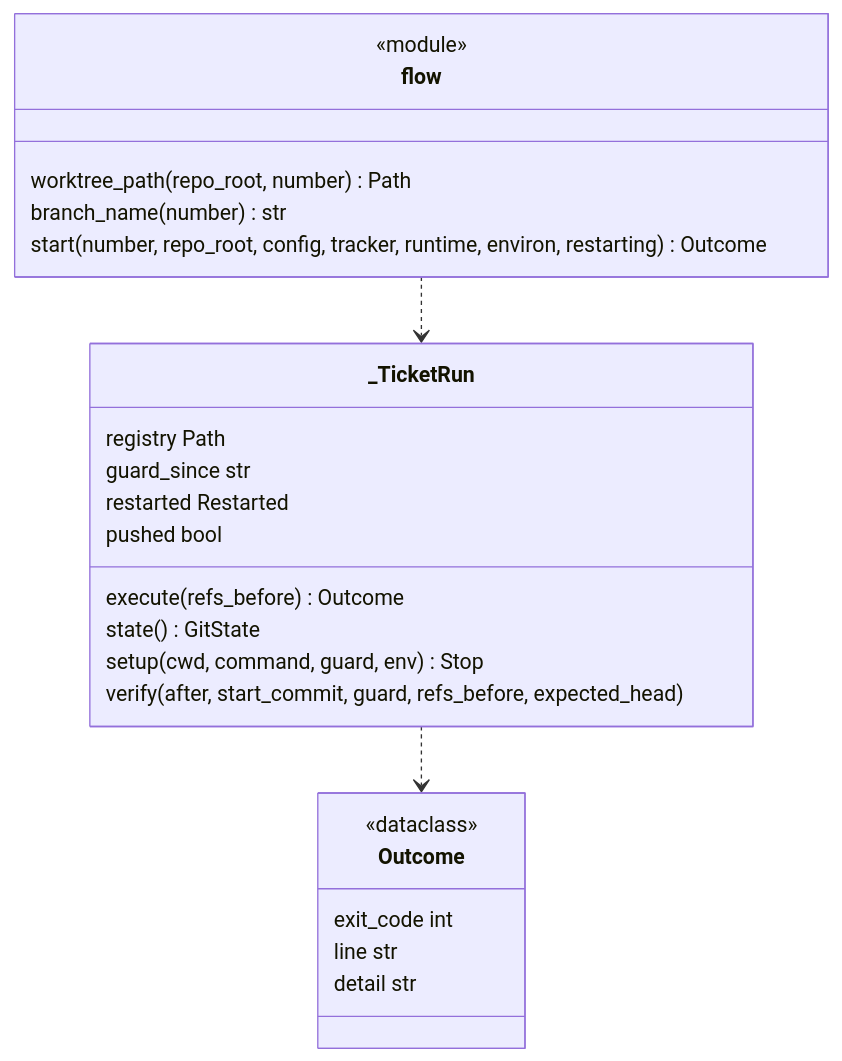
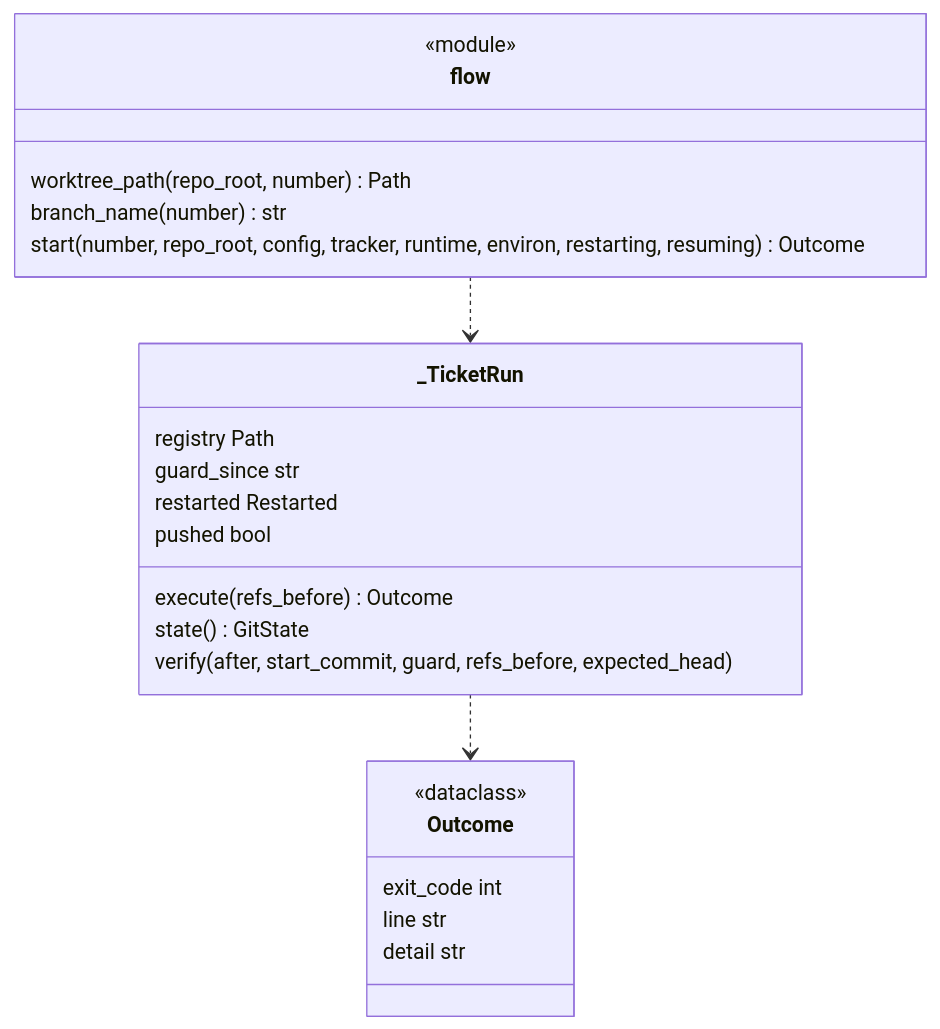
One commit to plaplanche/ariane changed the second of 3 diagrams in docs/architecture/modules/flow.md. Above: the diagram before and after it, drawn with Mermaid. The commit also changed other lines of this file and 43 other files, not shown here.

````diff
--- a/docs/architecture/modules/flow.md
+++ b/docs/architecture/modules/flow.md
@@ -90,27 +91,26 @@
 ```mermaid
 classDiagram
 class Outcome {
   <<dataclass>>
   exit_code int
   line str
   detail str
 }
 class _TicketRun {
   registry Path
   guard_since str
   restarted Restarted
   pushed bool
   execute(refs_before) Outcome
   state() GitState
-  setup(cwd, command, guard, env) Stop
   verify(after, start_commit, guard, refs_before, expected_head)
 }
 class flow {
   <<module>>
   worktree_path(repo_root, number) Path
   branch_name(number) str
-  start(number, repo_root, config, tracker, runtime, environ, restarting) Outcome
+  start(number, repo_root, config, tracker, runtime, environ, restarting, resuming) Outcome
 }
 flow ..> _TicketRun
 _TicketRun ..> Outcome
 ```
````
